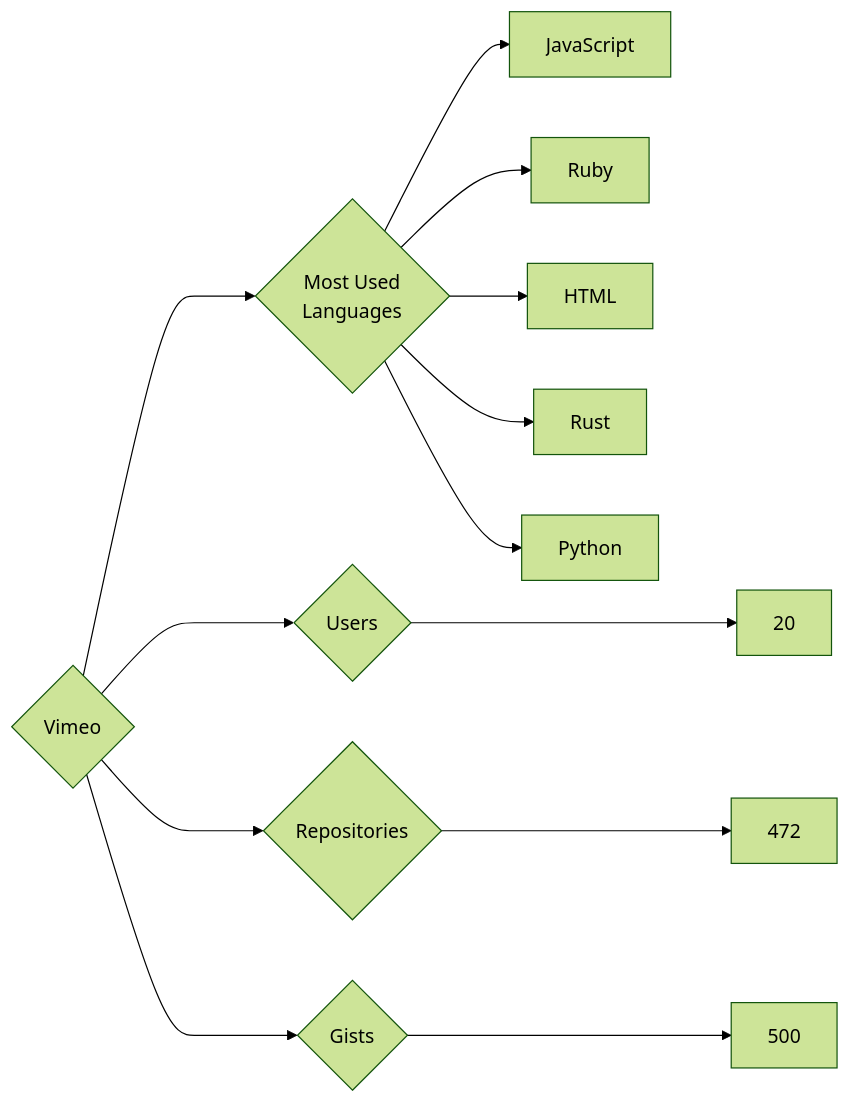
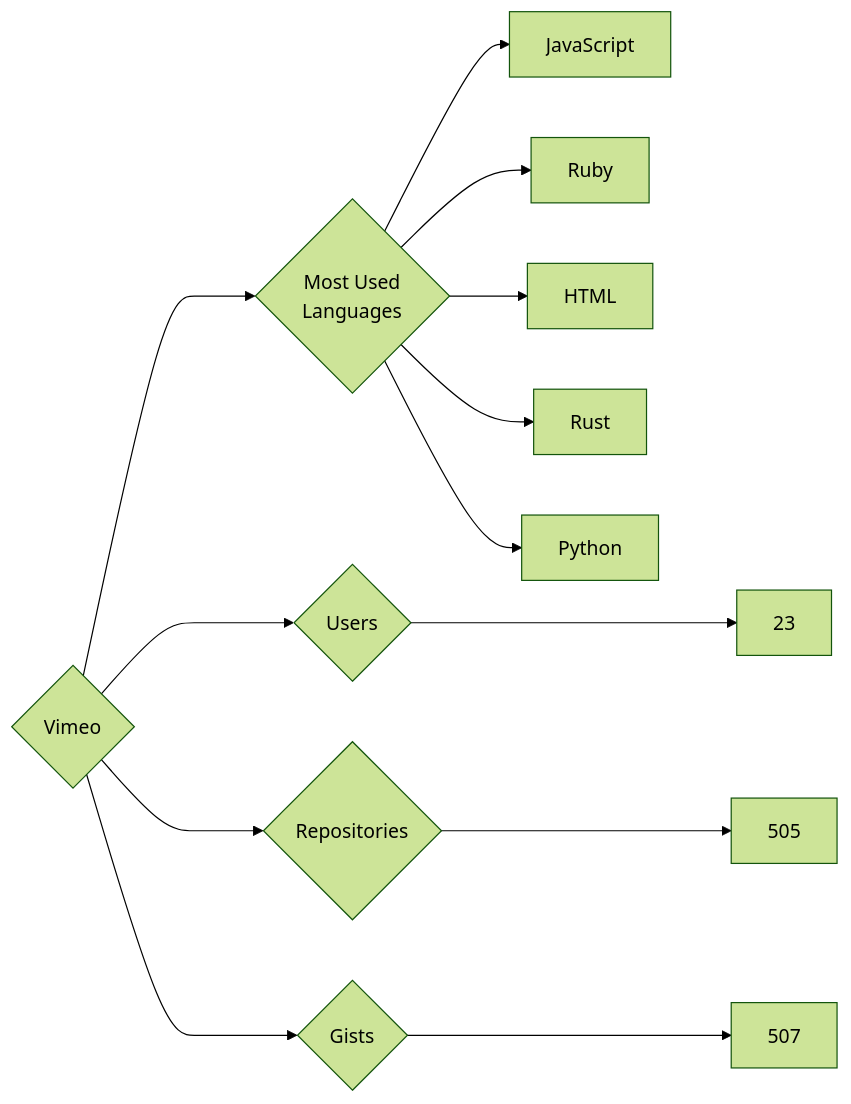
Before and after one commit to trickest/insiders: the diagram in targets/Vimeo/README.md, drawn with Mermaid (forest theme). The commit also changed 1011 other files, not shown here.

````diff
--- a/targets/Vimeo/README.md
+++ b/targets/Vimeo/README.md
@@ -3,13 +3,13 @@
 ```mermaid
 graph LR
 COMPANY_NAME{Vimeo}
-COMPANY_NAME ---> U{Users} ---> UN[20]
-COMPANY_NAME ---> R{Repositories} ---> RN[472]
-COMPANY_NAME ---> G{Gists} ---> GN[500]
+COMPANY_NAME ---> U{Users} ---> UN[23]
+COMPANY_NAME ---> R{Repositories} ---> RN[505]
+COMPANY_NAME ---> G{Gists} ---> GN[507]
 COMPANY_NAME ---> ML{Most Used<br>Languages}
 ML --> JavaScript[JavaScript]
 ML --> Ruby[Ruby]
 ML --> HTML[HTML]
 ML --> Rust[Rust]
 ML --> Python[Python]
 ```
````
